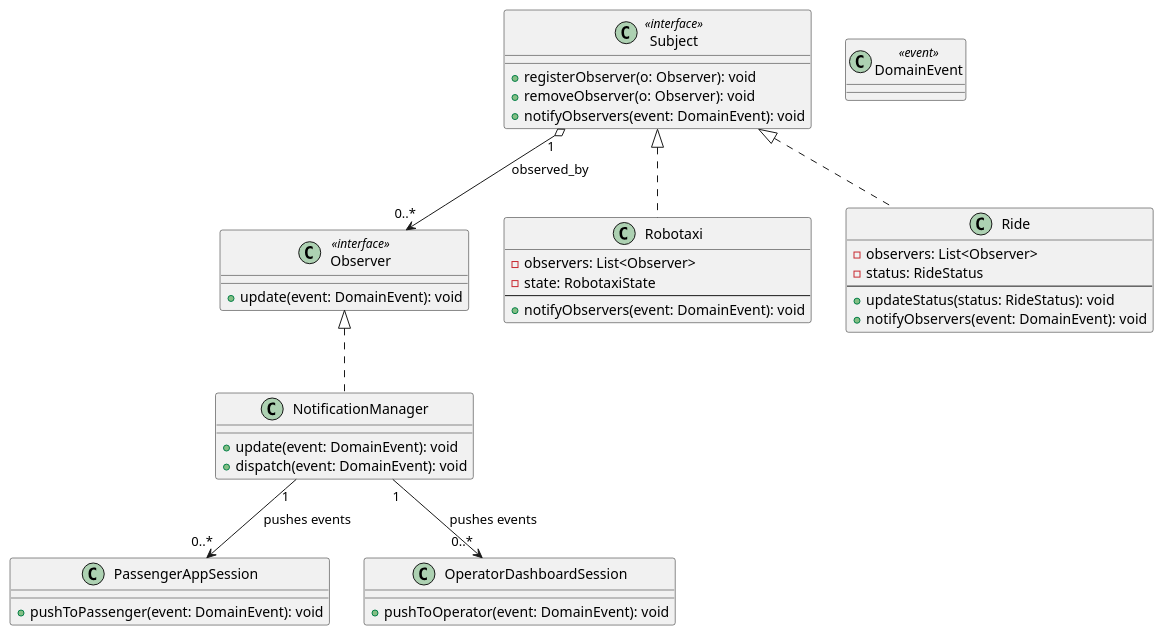
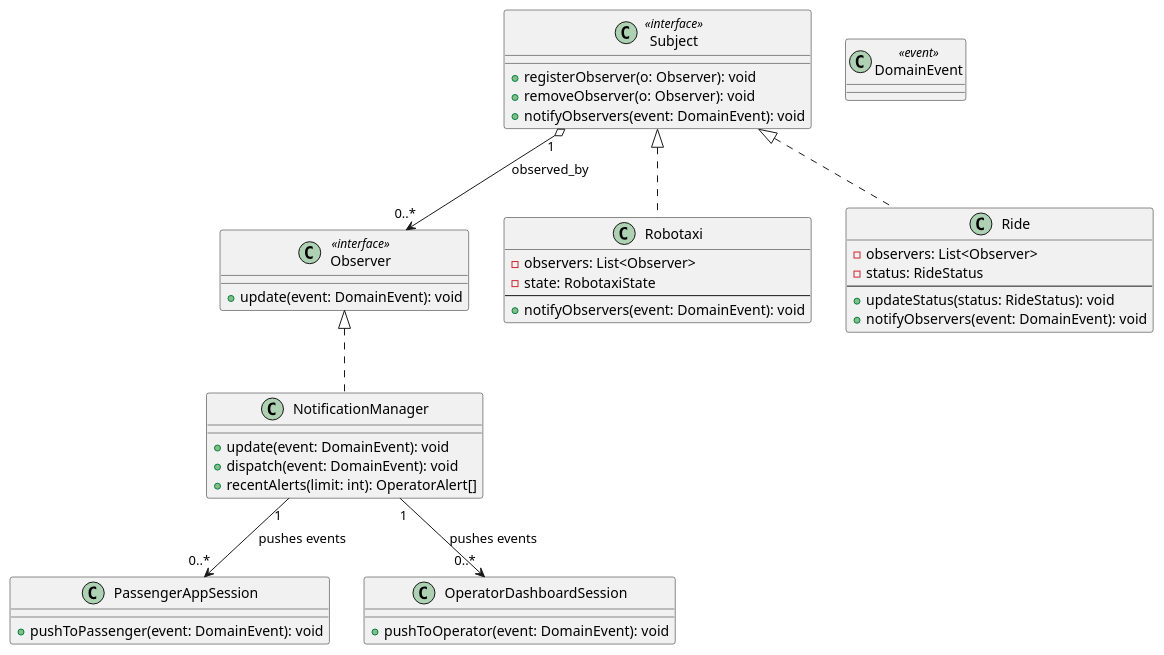
The fourth of 10 diagrams in Implementation/docs/DD.md (meggie-0/SE4A_ROAd_MargheritaBertipaglia_DavidCazzaniga_PasqualeIgnarra_Project), drawn with PlantUML before and after one commit. The commit also changed other lines of this file and 27 other files, not shown here.

````diff
--- a/Implementation/docs/DD.md
+++ b/Implementation/docs/DD.md
@@ -717,50 +722,51 @@
 ```plantuml
 class Subject <<interface>> {
     + registerObserver(o: Observer): void
     + removeObserver(o: Observer): void
     + notifyObservers(event: DomainEvent): void
 }
 
 class Observer <<interface>> {
     + update(event: DomainEvent): void
 }
 
 class Robotaxi {
     - observers: List<Observer>
     - state: RobotaxiState
     --
     + notifyObservers(event: DomainEvent): void
 }
 
 class Ride {
     - observers: List<Observer>
     - status: RideStatus
     --
     + updateStatus(status: RideStatus): void
     + notifyObservers(event: DomainEvent): void
 }
 
 class NotificationManager {
     + update(event: DomainEvent): void
     + dispatch(event: DomainEvent): void
+    + recentAlerts(limit: int): OperatorAlert[]
 }
 
 class PassengerAppSession {
     + pushToPassenger(event: DomainEvent): void
 }
 
 class OperatorDashboardSession {
     + pushToOperator(event: DomainEvent): void
 }
 
 class DomainEvent <<event>>
 
 Subject "1" o--> "0..*" Observer : observed_by
 
 Subject <|.. Robotaxi
 Subject <|.. Ride
 Observer <|.. NotificationManager
 
 NotificationManager "1" --> "0..*" PassengerAppSession : pushes events
 NotificationManager "1" --> "0..*" OperatorDashboardSession : pushes events
 ```
````
